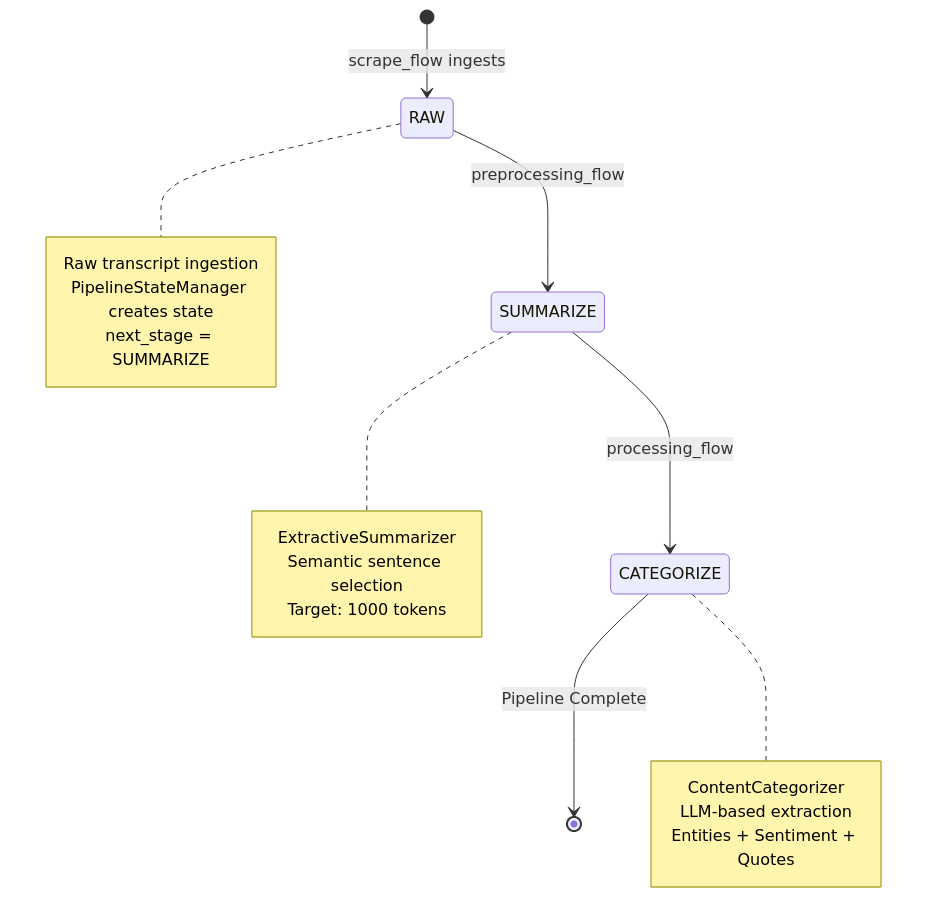
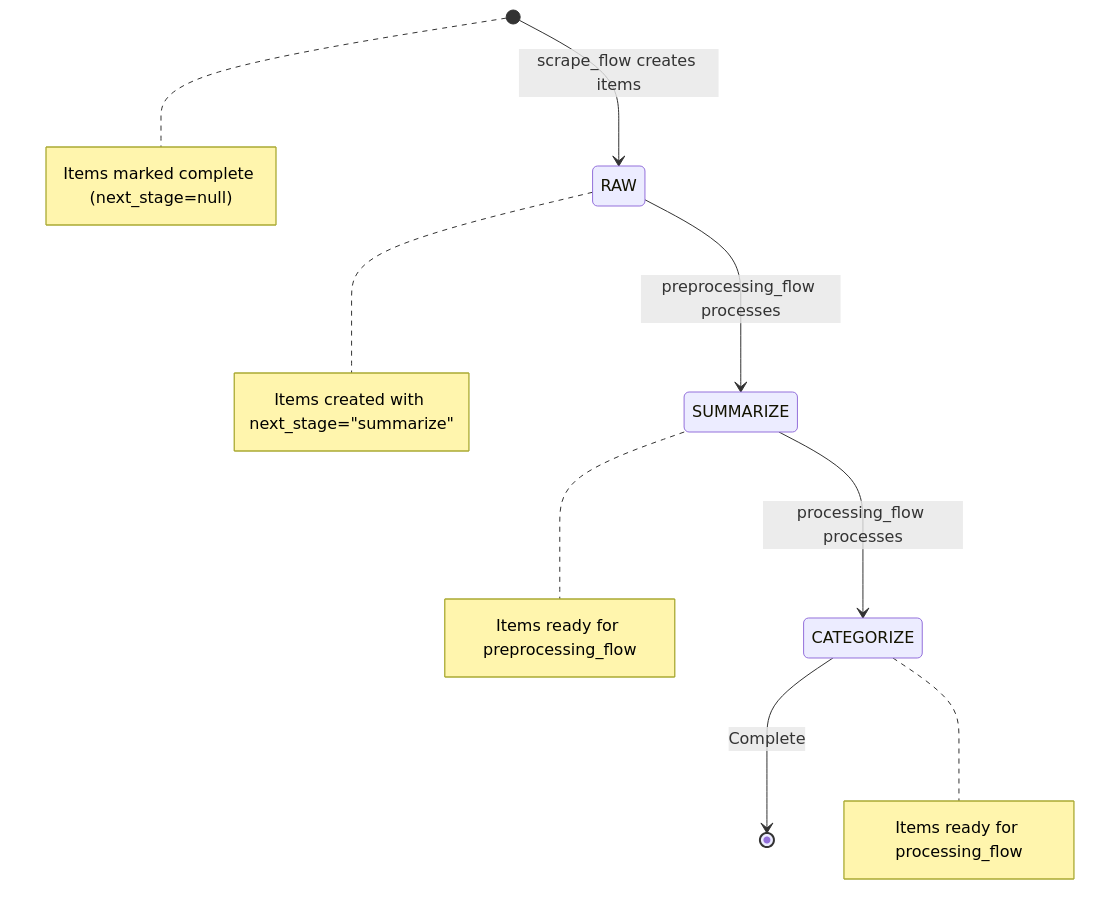
One commit to dmitriyratu/DiscourseKG changed the second of 4 diagrams in documentation/architecture.md. Above: the diagram before and after it, drawn with Mermaid. The commit also changed other lines of this file and 20 other files, not shown here.

First line of the commit message:
refactor: update architecture documentation and streamline flow tasks

````diff
--- a/documentation/architecture.md
+++ b/documentation/architecture.md
@@ -70,25 +78,12 @@
 ```mermaid
 stateDiagram-v2
-    [*] --> RAW: scrape_flow ingests
-    RAW --> SUMMARIZE: preprocessing_flow
-    SUMMARIZE --> CATEGORIZE: processing_flow
-    CATEGORIZE --> [*]: Pipeline Complete
+    [*] --> RAW: scrape_flow creates items
+    RAW --> SUMMARIZE: preprocessing_flow processes
+    SUMMARIZE --> CATEGORIZE: processing_flow processes
+    CATEGORIZE --> [*]: Complete
     
-    note right of RAW
-        Raw transcript ingestion
-        PipelineStateManager creates state
-        next_stage = SUMMARIZE
-    end note
-    
-    note right of SUMMARIZE
-        ExtractiveSummarizer
-        Semantic sentence selection
-        Target: 1000 tokens
-    end note
-    
-    note right of CATEGORIZE
-        ContentCategorizer
-        LLM-based extraction
-        Entities + Sentiment + Quotes
-    end note
+    note right of RAW: Items created with next_stage="summarize"
+    note right of SUMMARIZE: Items ready for preprocessing_flow
+    note right of CATEGORIZE: Items ready for processing_flow
+    note right of [*]: Items marked complete (next_stage=null)
 ```
````
